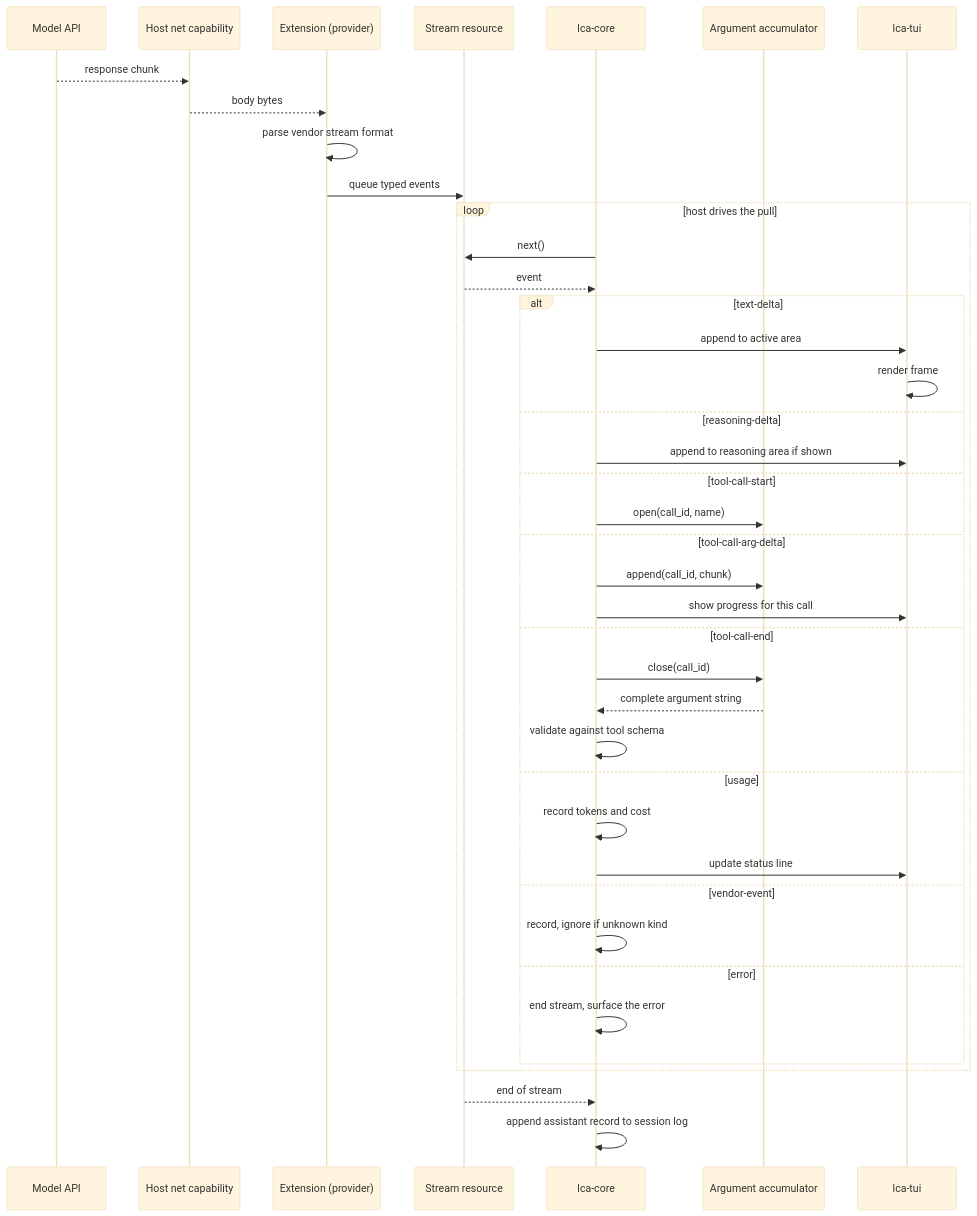
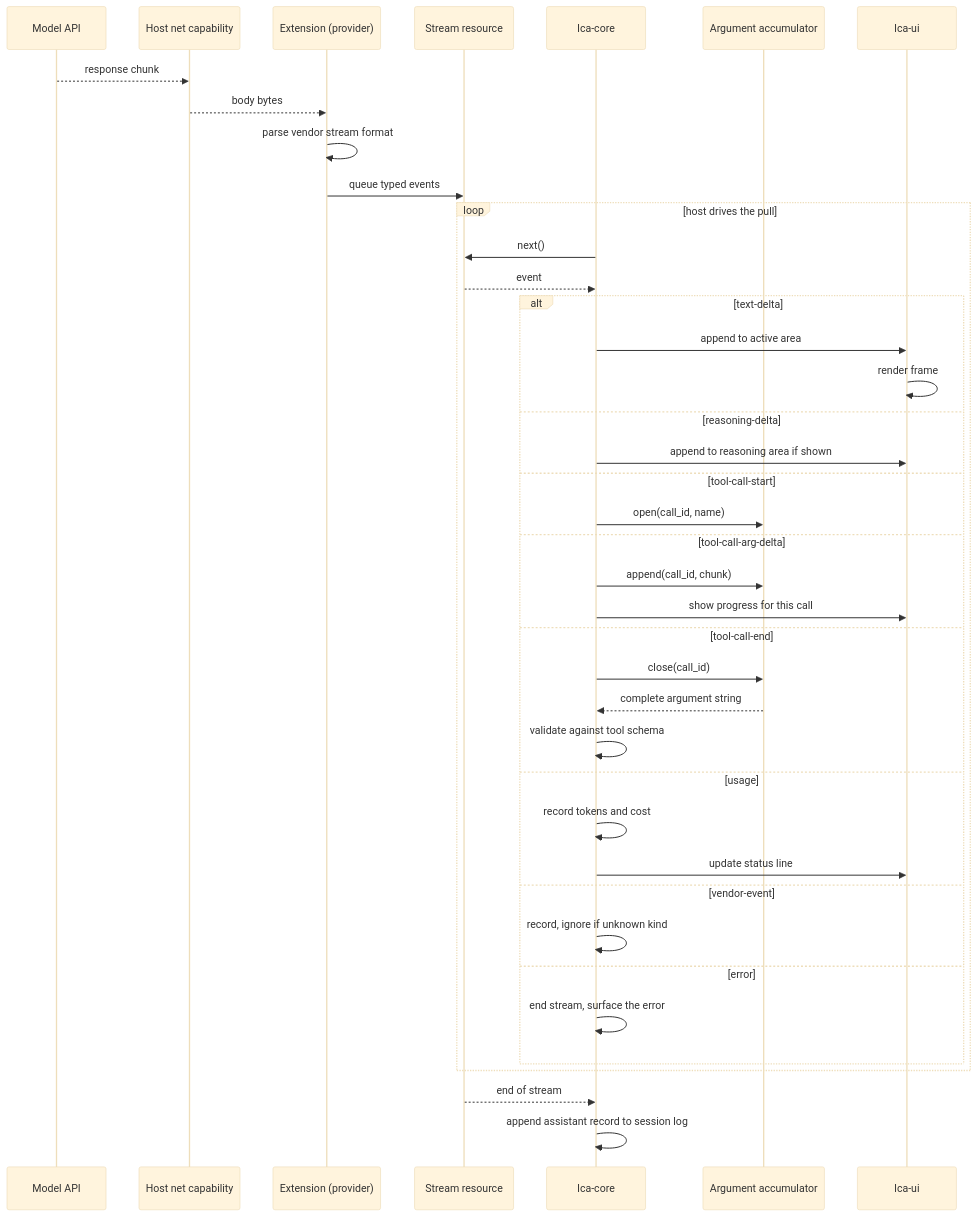
Before and after one commit to misaalanshori/lca: the sixth of 7 diagrams in docs/flows.md, drawn with Mermaid (base theme). The commit also changed other lines of this file and 13 other files, not shown here.

````diff
--- a/docs/flows.md
+++ b/docs/flows.md
@@ -265,43 +265,43 @@
 ```mermaid
 sequenceDiagram
     participant API as Model API
     participant HostNet as Host net capability
     participant Ext as Extension (provider)
     participant Stream as Stream resource
     participant Core as lca-core
     participant Acc as Argument accumulator
-    participant TUI as lca-tui
+    participant TUI as lca-ui
 
     API-->>HostNet: response chunk
     HostNet-->>Ext: body bytes
     Ext->>Ext: parse vendor stream format
     Ext->>Stream: queue typed events
     loop host drives the pull
         Core->>Stream: next()
         Stream-->>Core: event
         alt text-delta
             Core->>TUI: append to active area
             TUI->>TUI: render frame
         else reasoning-delta
             Core->>TUI: append to reasoning area if shown
         else tool-call-start
             Core->>Acc: open(call_id, name)
         else tool-call-arg-delta
             Core->>Acc: append(call_id, chunk)
             Core->>TUI: show progress for this call
         else tool-call-end
             Core->>Acc: close(call_id)
             Acc-->>Core: complete argument string
             Core->>Core: validate against tool schema
         else usage
             Core->>Core: record tokens and cost
             Core->>TUI: update status line
         else vendor-event
             Core->>Core: record, ignore if unknown kind
         else error
             Core->>Core: end stream, surface the error
         end
     end
     Stream-->>Core: end of stream
     Core->>Core: append assistant record to session log
 ```
````
